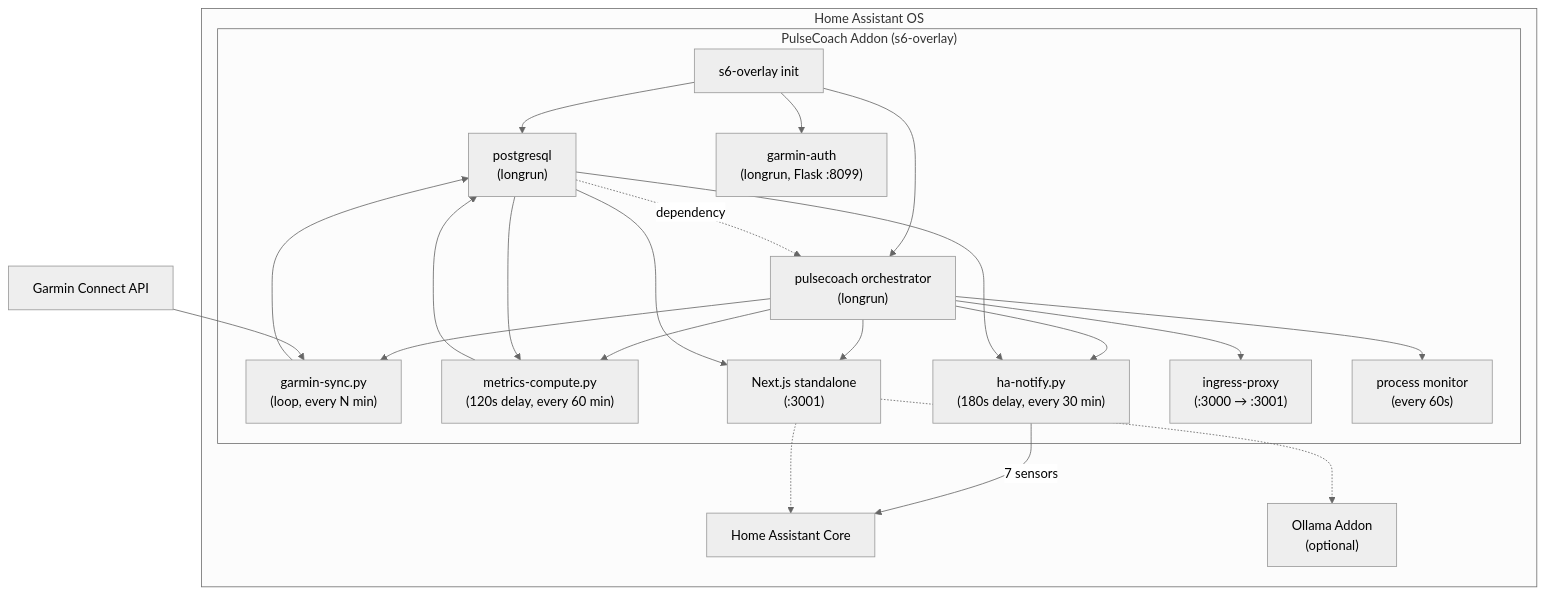
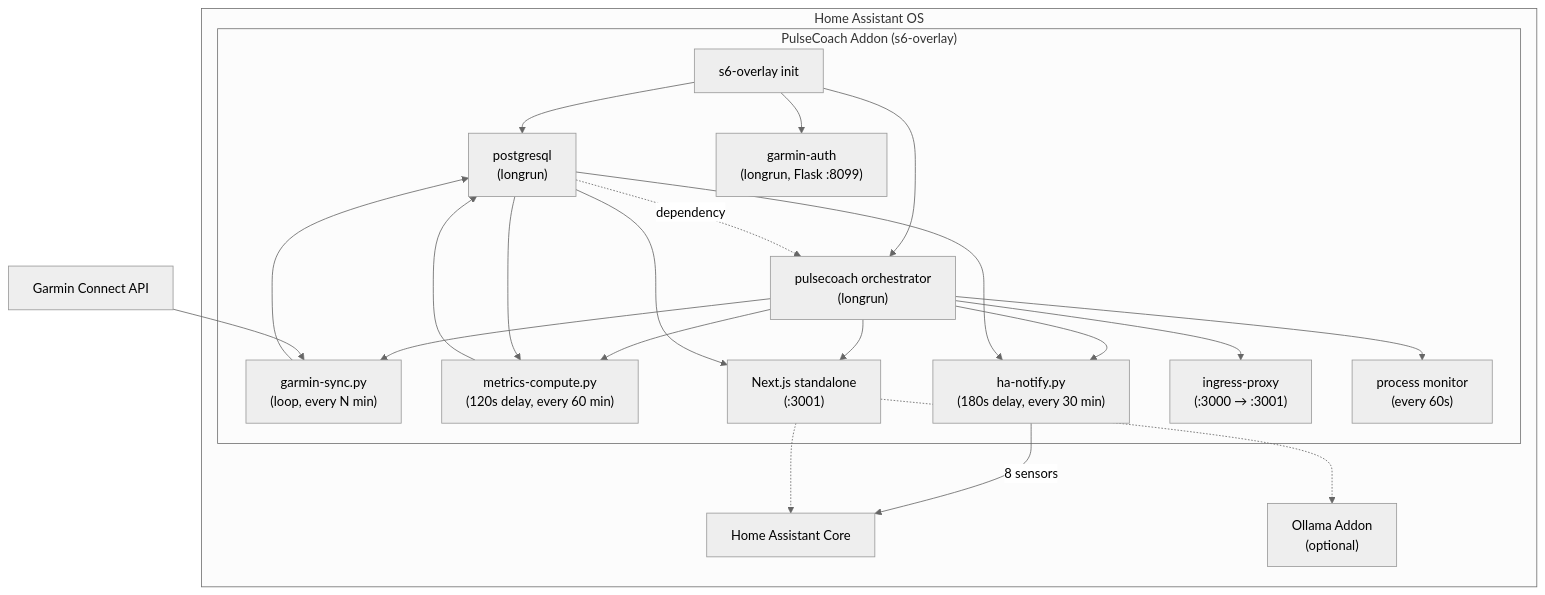
Before and after one commit to askb/ha-garmin-fitness-coach-addon: the diagram in README.md, drawn with Mermaid (neutral theme). The commit also changed other lines of this file and 2 other files, not shown here.

````diff
--- a/README.md
+++ b/README.md
@@ -129,42 +129,42 @@
 ```mermaid
 graph TD
     subgraph "Home Assistant OS"
         subgraph "PulseCoach Addon (s6-overlay)"
             S6["s6-overlay init"]
             PG["postgresql<br/>(longrun)"]
             Auth["garmin-auth<br/>(longrun, Flask :8099)"]
             GC["pulsecoach orchestrator<br/>(longrun)"]
             Sync["garmin-sync.py<br/>(loop, every N min)"]
             Metrics["metrics-compute.py<br/>(120s delay, every 60 min)"]
             Notify["ha-notify.py<br/>(180s delay, every 30 min)"]
             NextJS["Next.js standalone<br/>(:3001)"]
             Ingress["ingress-proxy<br/>(:3000 → :3001)"]
             Monitor["process monitor<br/>(every 60s)"]
         end
         HA["Home Assistant Core"]
         Ollama["Ollama Addon<br/>(optional)"]
     end
 
     Garmin["Garmin Connect API"]
 
     S6 --> PG
     S6 --> Auth
     S6 --> GC
     PG -.->|dependency| GC
     GC --> Sync
     GC --> Metrics
     GC --> Notify
     GC --> NextJS
     GC --> Ingress
     GC --> Monitor
 
     Garmin --> Sync
     Sync --> PG
     PG --> Metrics
     Metrics --> PG
     PG --> Notify
-    Notify -->|7 sensors| HA
+    Notify -->|8 sensors| HA
     PG --> NextJS
     NextJS -.-> Ollama
     NextJS -.-> HA
 ```
````
